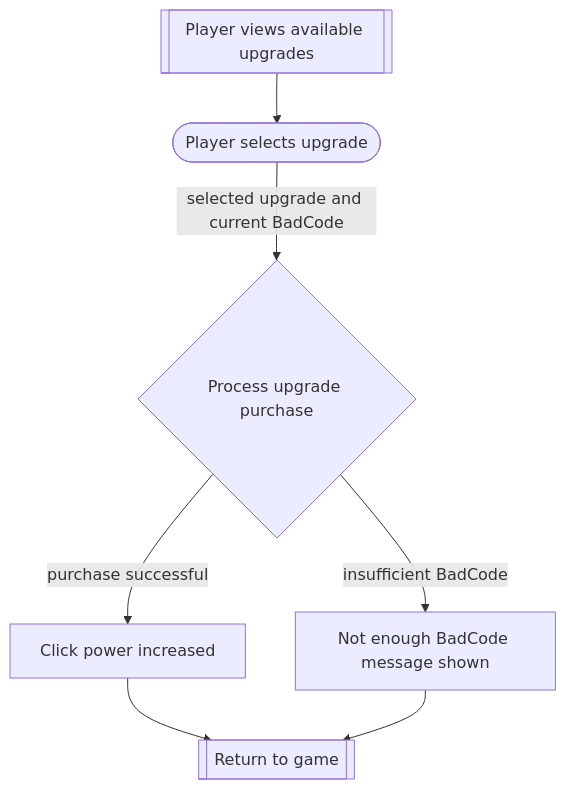
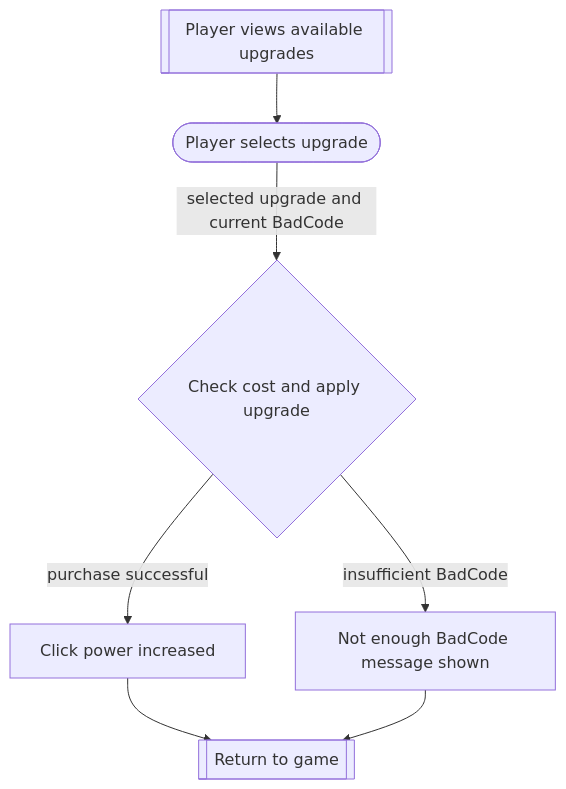
One commit to MoulikB/2452-project changed the second of 6 diagrams in flows.md. Above: the diagram before and after it, drawn with Mermaid. The commit also changed other lines of this file and 2 other files, not shown here.

Commit message:
Updated domain flows and sql

````diff
--- a/flows.md
+++ b/flows.md
@@ -38,17 +38,17 @@
 ```mermaid
 flowchart TD
     view[[Player views available upgrades]]
     select([Player selects upgrade])
-    process{Process upgrade purchase}
+    process{Check cost and apply upgrade}
     success[Click power increased]
     fail[Not enough BadCode message shown]
     endUpgrade[[Return to game]]
 
     view --> select
     select -- selected upgrade and current BadCode --> process
     process -- purchase successful --> success
     process -- insufficient BadCode --> fail
     success --> endUpgrade
     fail --> endUpgrade
 
 ```
````
